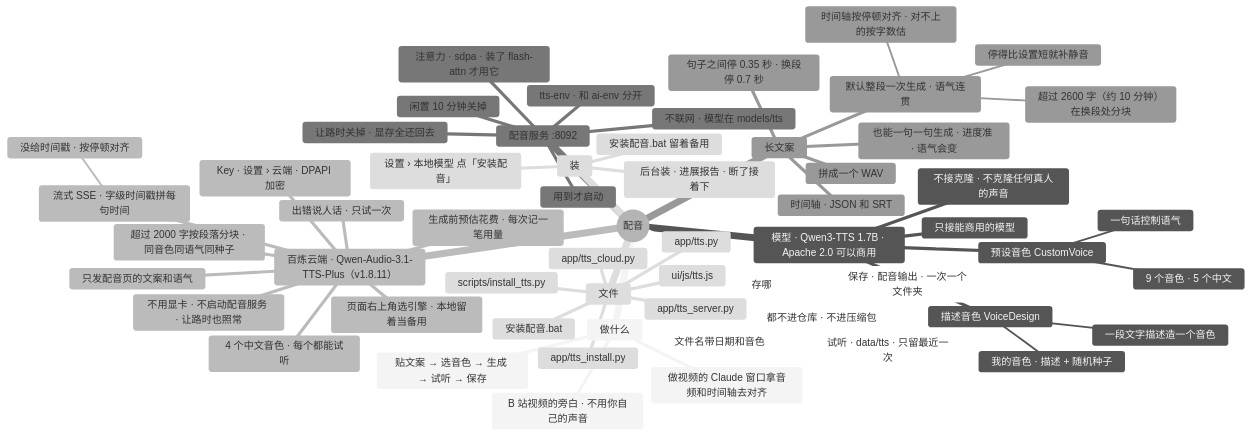
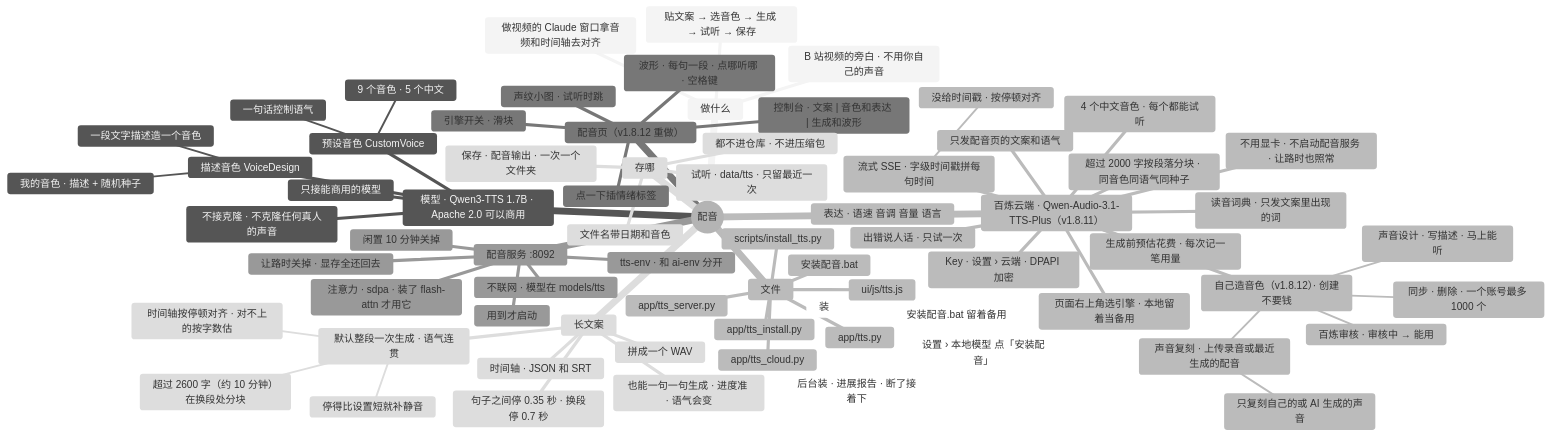
One commit to lql-076/Experiment-Agent-One changed the diagram in docs/AI文档/架构/14-配音.md. Above: the diagram before and after it, drawn with Mermaid (neutral theme). The commit also changed other lines of this file and 15 other files, not shown here.

First line of the commit message:
v1.8.12：配音页重做（控制台 + 波形）；云端加声音设计、声音复刻、语速音调音量、读音词典

````diff
--- a/docs/AI文档/架构/14-配音.md
+++ b/docs/AI文档/架构/14-配音.md
@@ -9,62 +9,76 @@
 ```mermaid
 mindmap
   root((配音))
     做什么
       B 站视频的旁白 · 不用你自己的声音
       贴文案 → 选音色 → 生成 → 试听 → 保存
       做视频的 Claude 窗口拿音频和时间轴去对齐
     模型 · Qwen3-TTS 1.7B · Apache 2.0 可以商用
       预设音色 CustomVoice
         9 个音色 · 5 个中文
         一句话控制语气
       描述音色 VoiceDesign
         一段文字描述造一个音色
         我的音色 · 描述 + 随机种子
       不接克隆 · 不克隆任何真人的声音
       只接能商用的模型
     百炼云端 · Qwen-Audio-3.1-TTS-Plus（v1.8.11）
       页面右上角选引擎 · 本地留着当备用
       不用显卡 · 不启动配音服务 · 让路时也照常
       只发配音页的文案和语气
       Key · 设置 › 云端 · DPAPI 加密
       4 个中文音色 · 每个都能试听
       流式 SSE · 字级时间戳拼每句时间
         没给时间戳 · 按停顿对齐
       超过 2000 字按段落分块 · 同音色同语气同种子
       生成前预估花费 · 每次记一笔用量
       出错说人话 · 只试一次
+      自己造音色（v1.8.12）· 创建不要钱
+        声音设计 · 写描述 · 马上能听
+        声音复刻 · 上传录音或最近生成的配音
+          只复刻自己的或 AI 生成的声音
+        百炼审核 · 审核中 → 能用
+        同步 · 删除 · 一个账号最多 1000 个
+      表达 · 语速 音调 音量 语言
+      读音词典 · 只发文案里出现的词
+    配音页（v1.8.12 重做）
+      控制台 · 文案 | 音色和表达 | 生成和波形
+      引擎开关 · 滑块
+      声纹小图 · 试听时跳
+      点一下插情绪标签
+      波形 · 每句一段 · 点哪听哪 · 空格键
     配音服务 :8092
     :::svc-tts
       tts-env · 和 ai-env 分开
       用到才启动
       闲置 10 分钟关掉
       让路时关掉 · 显存全还回去
       不联网 · 模型在 models/tts
       注意力 · sdpa · 装了 flash-attn 才用它
     长文案
       默认整段一次生成 · 语气连贯
         超过 2600 字（约 10 分钟）在换段处分块
         时间轴按停顿对齐 · 对不上的按字数估
         停得比设置短就补静音
       也能一句一句生成 · 进度准 · 语气会变
       句子之间停 0.35 秒 · 换段停 0.7 秒
       拼成一个 WAV
       时间轴 · JSON 和 SRT
     装
       设置 › 本地模型 点「安装配音」
       后台装 · 进展报告 · 断了接着下
       安装配音.bat 留着备用
     存哪
       试听 · data/tts · 只留最近一次
       保存 · 配音输出 · 一次一个文件夹
       文件名带日期和音色
       都不进仓库 · 不进压缩包
     文件
       app/tts.py
       app/tts_cloud.py
       app/tts_server.py
       scripts/install_tts.py
       app/tts_install.py
       安装配音.bat
       ui/js/tts.js
 ```
````
